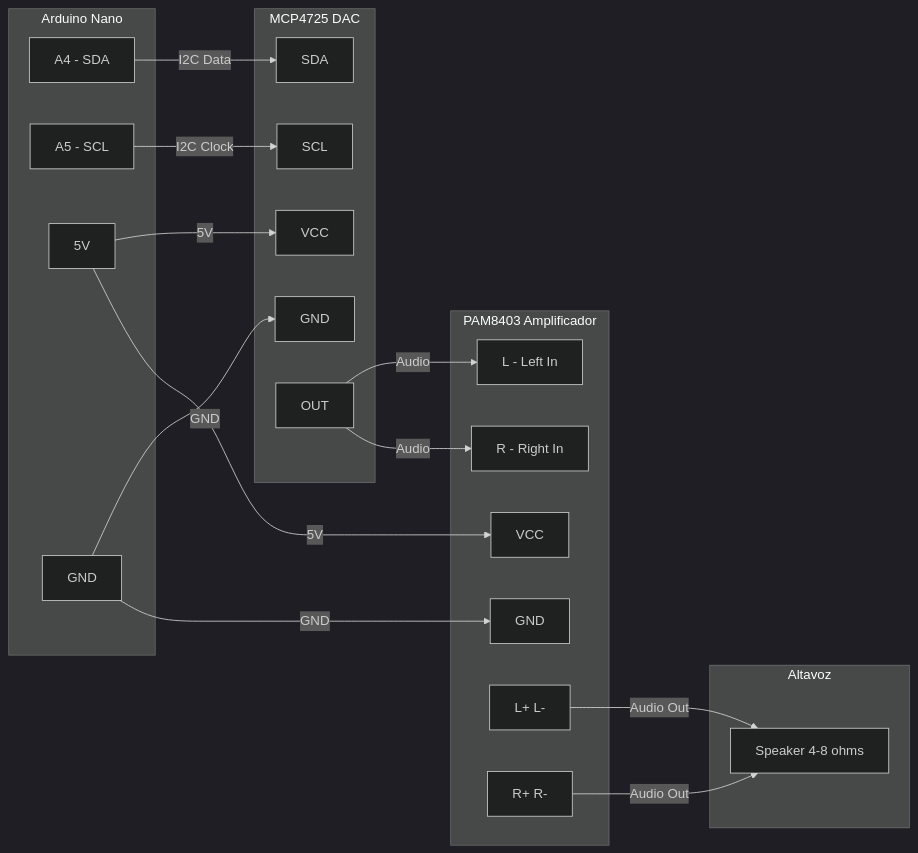
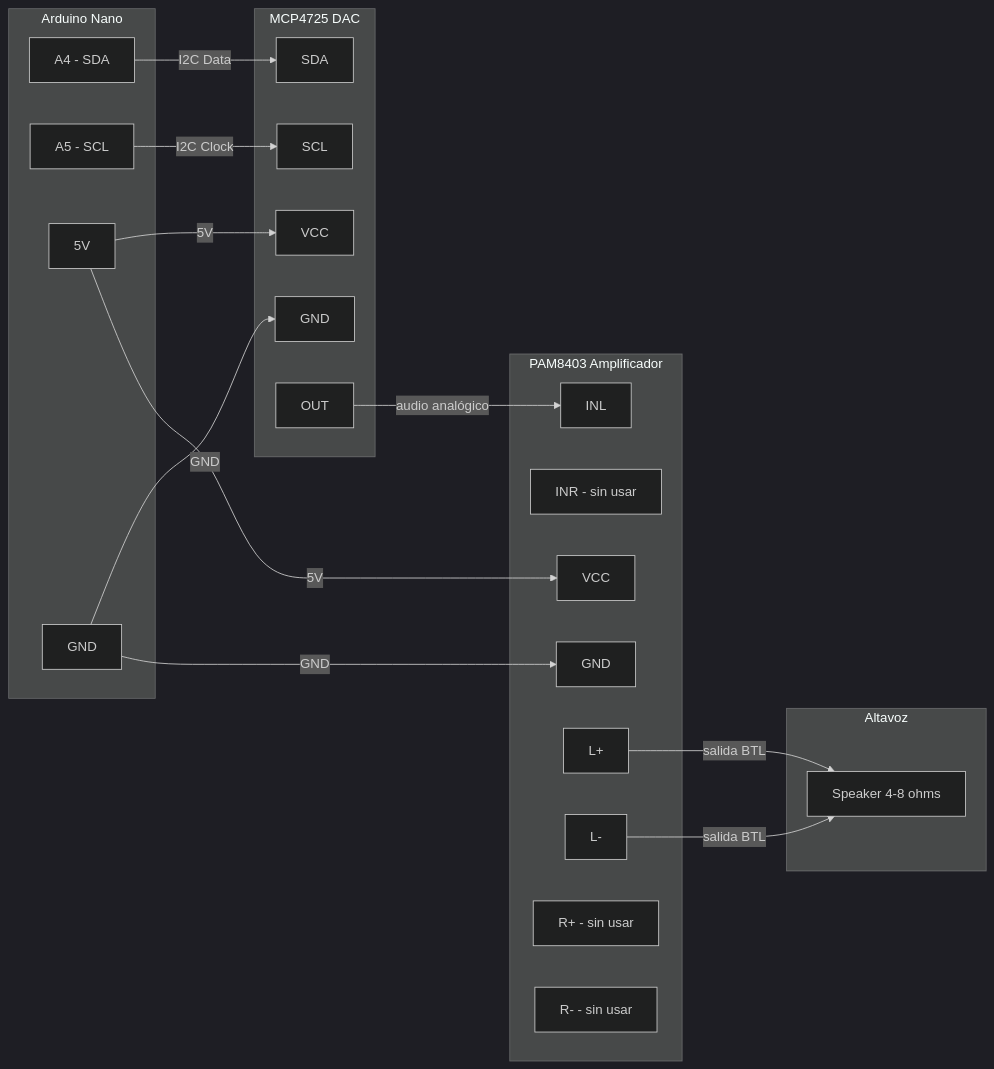
One commit to DanaContreras/poquito-smartphone changed the diagram in test-devices/mcp4725_pam8403/README.md. Above: the diagram before and after it, drawn with Mermaid (dark theme). The commit also changed other lines of this file, not shown here.

````diff
--- a/test-devices/mcp4725_pam8403/README.md
+++ b/test-devices/mcp4725_pam8403/README.md
@@ -16,43 +18,44 @@
 ```mermaid
 graph LR
     subgraph Arduino Nano
         A4[A4 - SDA]
         A5[A5 - SCL]
         V5[5V]
         GND1[GND]
     end
 
     subgraph MCP4725 DAC
         SDA[SDA]
         SCL[SCL]
         VCC1[VCC]
         GND2[GND]
         OUT[OUT]
     end
 
     subgraph PAM8403 Amplificador
-        L[L - Left In]
-        R[R - Right In]
+        INL[INL]
+        INR[INR - sin usar]
         GND3[GND]
         VCC2[VCC]
-        LOUT[L+ L-]
-        ROUT[R+ R-]
+        OUTLP[L+]
+        OUTLN[L-]
+        OUTRP[R+ - sin usar]
+        OUTRN[R- - sin usar]
     end
 
     subgraph Altavoz
         SPK[Speaker 4-8 ohms]
     end
 
     A4 -->|I2C Data| SDA
     A5 -->|I2C Clock| SCL
     V5 -->|5V| VCC1
     V5 -->|5V| VCC2
     GND1 -->|GND| GND2
     GND1 -->|GND| GND3
 
-    OUT -->|Audio| L
-    OUT -->|Audio| R
+    OUT -->|audio analógico| INL
 
-    LOUT -->|Audio Out| SPK
-    ROUT -->|Audio Out| SPK
+    OUTLP -->|salida BTL| SPK
+    OUTLN -->|salida BTL| SPK
 ```
````
